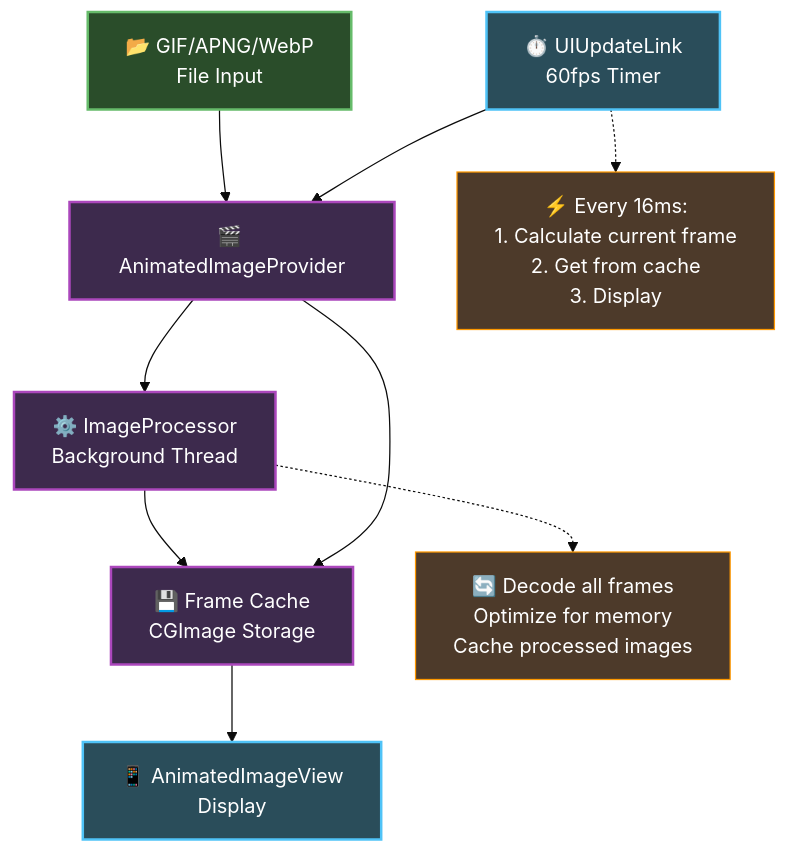
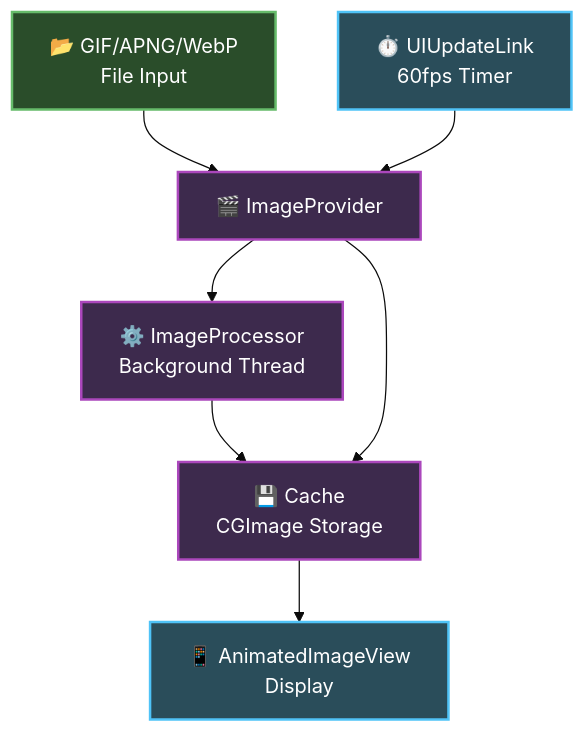
The first of 4 diagrams in iOSDC/25/presentation.md (noppefoxwolf/presentations), drawn with Mermaid (base theme) before and after one commit. The commit also changed other lines of this file and 4 other files, not shown here.

````diff
--- a/iOSDC/25/presentation.md
+++ b/iOSDC/25/presentation.md
@@ -312,39 +383,35 @@
 ```mermaid
 flowchart TD
       %% Input
       GIF[📂 GIF/APNG/WebP<br/>File Input]
 
       %% Processing
-      Provider[🎬 AnimatedImageProvider]
+      Provider[🎬 ImageProvider]
       Processor[⚙️ ImageProcessor<br/>Background Thread]
-      Cache[💾 Frame Cache<br/>CGImage Storage]
+      Cache[💾 Cache<br/>CGImage Storage]
 
       %% Display
       UpdateLink[⏱️ UIUpdateLink<br/>60fps Timer]
       View[📱 AnimatedImageView<br/>Display]
 
       %% Flow
       GIF --> Provider
       Provider --> Processor
 
-      note1[🔄 Decode all frames<br/>Optimize for memory<br/>Cache processed images]
-      Processor -.-> note1
       Processor --> Cache
 
-      note2[⚡ Every 16ms:<br/>1. Calculate current frame<br/>2. Get from cache<br/>3. Display]
-      UpdateLink -.-> note2
       UpdateLink --> Provider
       Provider --> Cache
       Cache --> View
 
       %% Styling
       classDef input fill:#2a4d2a,stroke:#66bb6a,stroke-width:2px,color:#ffffff
       classDef process fill:#3d2a4d,stroke:#ab47bc,stroke-width:2px,color:#ffffff
       classDef display fill:#2a4d5a,stroke:#4fc3f7,stroke-width:2px,color:#ffffff
       classDef note fill:#4d3a2a,stroke:#ff9800,stroke-width:1px,color:#ffffff
 
       class GIF input
       class Provider,Processor,Cache process
       class UpdateLink,View display
       class note1,note2 note
 ```
````
